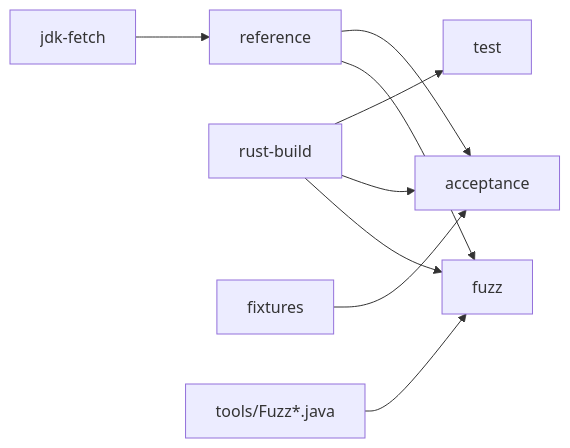
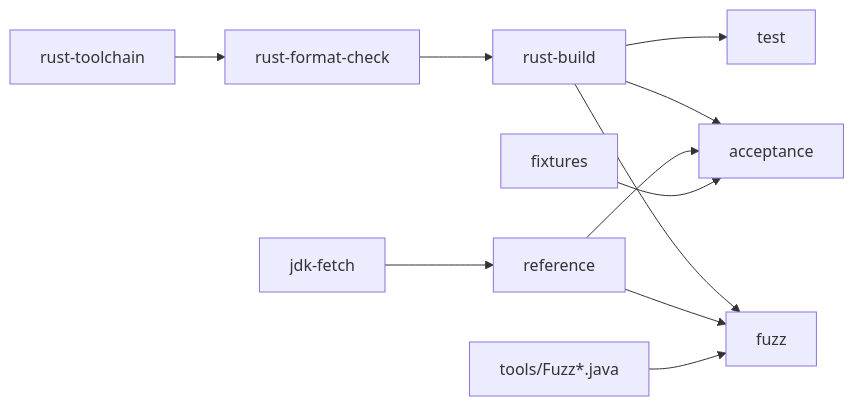
One commit to VitorNathanG/njavac changed the diagram in docs/src/tooling/docker-and-ci.md. Above: the diagram before and after it, drawn with Mermaid. The commit also changed other lines of this file and 63 other files, not shown here.

````diff
--- a/docs/src/tooling/docker-and-ci.md
+++ b/docs/src/tooling/docker-and-ci.md
@@ -12,11 +12,13 @@
 ```mermaid
 flowchart LR
     Fetch[jdk-fetch] --> Reference[reference]
-    Rust[rust-build] --> Tests[test]
-    Rust[rust-build] --> Acceptance[acceptance]
+    Toolchain[rust-toolchain] --> Format[rust-format-check]
+    Format --> Rust[rust-build]
+    Rust --> Tests[test]
+    Rust --> Acceptance[acceptance]
     Rust --> Fuzz[fuzz]
     Reference --> Acceptance
     Reference --> Fuzz
     Fixtures[fixtures] --> Acceptance
     Workers[tools/Fuzz*.java] --> Fuzz
 ```
````
